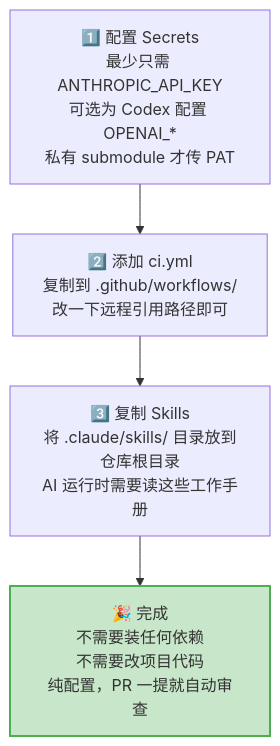
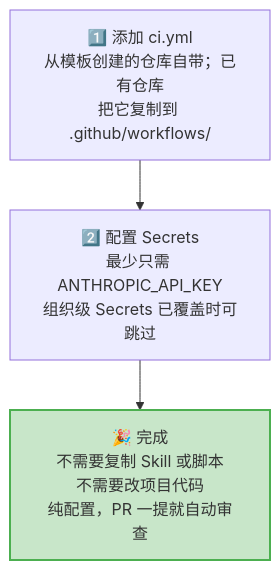
Before and after one commit to Lightspeed-Intelligence/agentic-workflow-template: diagram 12 of 13 in docs/code-review-design.md, drawn with Mermaid. The commit also changed other lines of this file and 19 other files, not shown here.

````diff
--- a/docs/code-review-design.md
+++ b/docs/code-review-design.md
@@ -420,11 +420,10 @@
 ```mermaid
 flowchart TD
-    A["1️⃣ 配置 Secrets<br/>最少只需 ANTHROPIC_API_KEY<br/>可选为 Codex 配置 OPENAI_*<br/>私有 submodule 才传 PAT"]
-    B["2️⃣ 添加 ci.yml<br/>复制到 .github/workflows/<br/>改一下远程引用路径即可"]
-    C["3️⃣ 复制 Skills<br/>将 .claude/skills/ 目录放到仓库根目录<br/>AI 运行时需要读这些工作手册"]
-    D["🎉 完成<br/>不需要装任何依赖<br/>不需要改项目代码<br/>纯配置，PR 一提就自动审查"]
+    A["1️⃣ 添加 ci.yml<br/>从模板创建的仓库自带；已有仓库<br/>把它复制到 .github/workflows/"]
+    B["2️⃣ 配置 Secrets<br/>最少只需 ANTHROPIC_API_KEY<br/>组织级 Secrets 已覆盖时可跳过"]
+    D["🎉 完成<br/>不需要复制 Skill 或脚本<br/>不需要改项目代码<br/>纯配置，PR 一提就自动审查"]
 
-    A --> B --> C --> D
+    A --> B --> D
 
     style D fill:#c8e6c9,stroke:#4CAF50,stroke-width:2px
 ```
````
